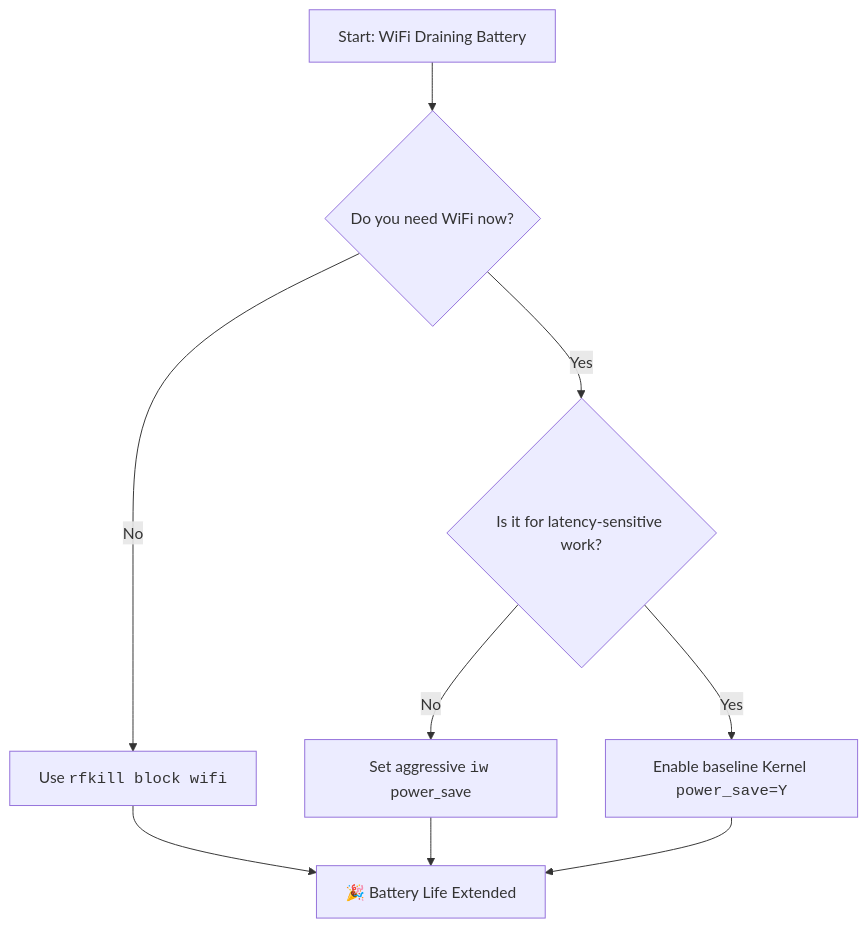
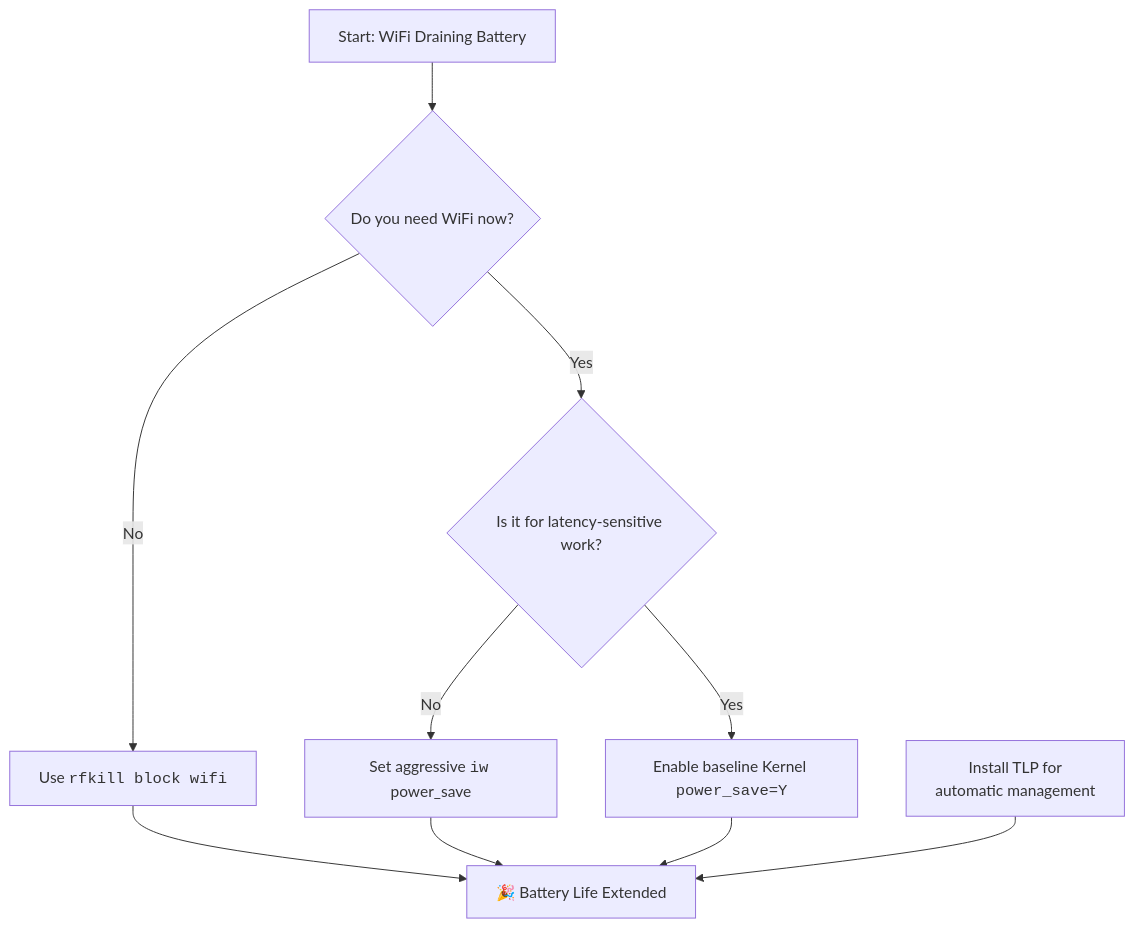
Before and after one commit to htghuzaifa2/huzi.pk-web-v2: the diagram in src/data/blogs/posts/tech/wifi-battery-drain-rfkill-power-saving-tips.md, drawn with Mermaid. The commit also changed other lines of this file and 488 other files, not shown here.

````diff
--- a/src/data/blogs/posts/tech/wifi-battery-drain-rfkill-power-saving-tips.md
+++ b/src/data/blogs/posts/tech/wifi-battery-drain-rfkill-power-saving-tips.md
@@ -57,14 +143,16 @@
 ```mermaid
 flowchart TD
     A[Start: WiFi Draining Battery] --> B{Do you need WiFi now?}
-    
+
     B -- No --> C[Use <code>rfkill block wifi</code>]
     B -- Yes --> D{Is it for latency-sensitive work?}
-    
+
     D -- No --> E[Set aggressive <code>iw</code> power_save]
     D -- Yes --> F[Enable baseline Kernel <code>power_save=Y</code>]
-    
+
     C --> G[🎉 Battery Life Extended]
     E --> G
     F --> G
+
+    H[Install TLP for<br>automatic management] --> G
 ```
````
